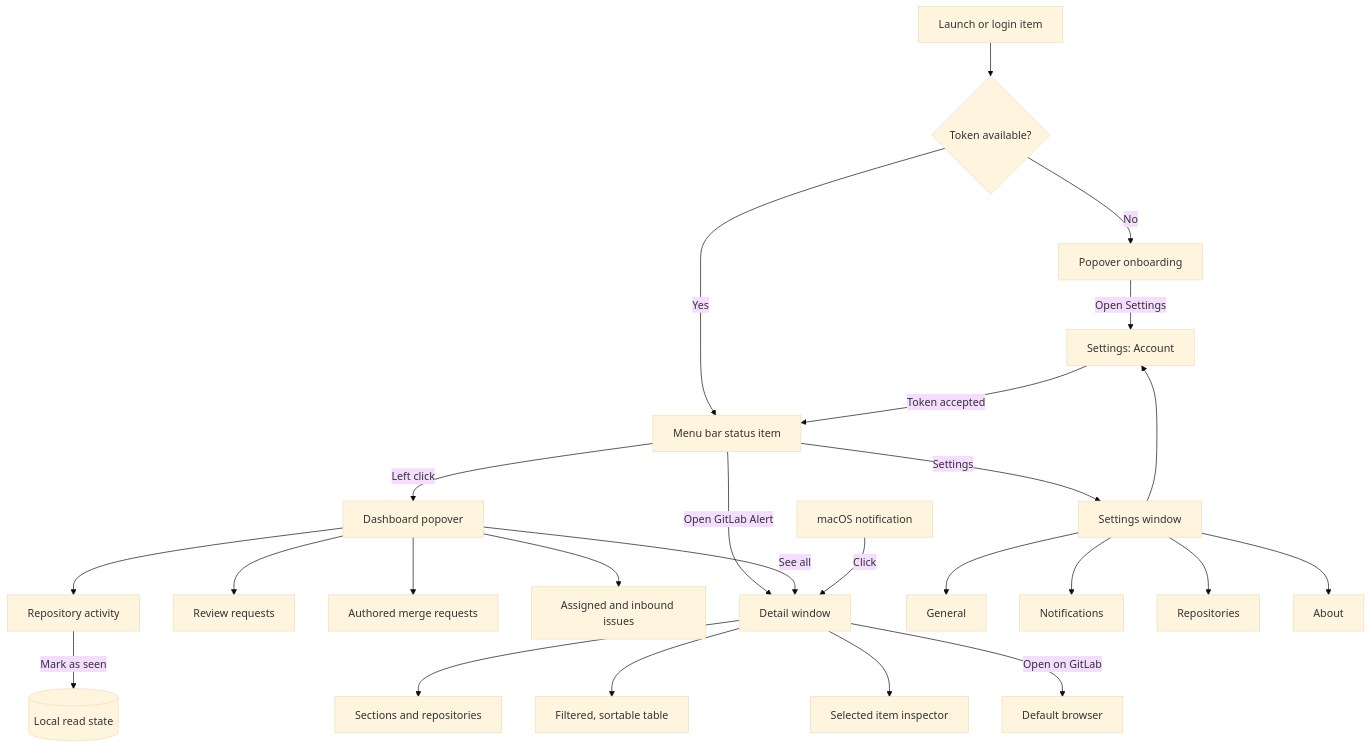
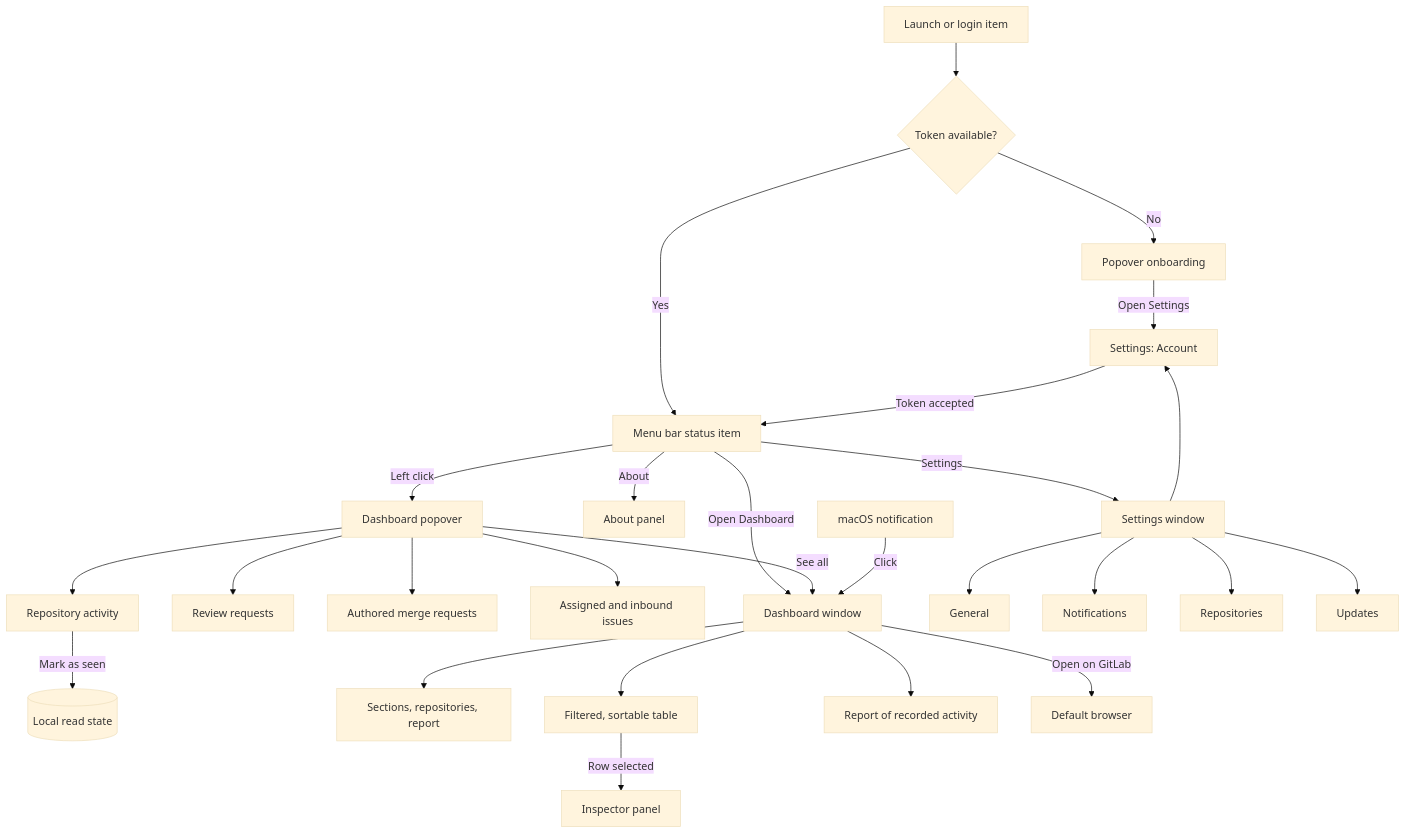
One commit to AlbertoBarrago/gitlab-alert changed the first of 2 diagrams in docs/architecture.md. Above: the diagram before and after it, drawn with Mermaid (base theme). The commit also changed other lines of this file and 30 other files, not shown here.

First line of the commit message:
Report, update check, signing fix, one-window polish and release 0.1.6 (#10)

````diff
--- a/docs/architecture.md
+++ b/docs/architecture.md
@@ -21,32 +27,34 @@
 ```mermaid
 flowchart TD
     Launch[Launch or login item] --> Auth{Token available?}
     Auth -- No --> Onboarding[Popover onboarding]
     Auth -- Yes --> Status[Menu bar status item]
     Onboarding -->|Open Settings| Account[Settings: Account]
     Account -->|Token accepted| Status
 
     Status -->|Left click| Popover[Dashboard popover]
-    Status -->|Open GitLab Alert| Detail[Detail window]
+    Status -->|Open Dashboard| Detail[Dashboard window]
+    Status -->|About| AboutPanel[About panel]
     Status -->|Settings| Settings[Settings window]
 
     Popover --> Reviews[Review requests]
     Popover --> Authored[Authored merge requests]
     Popover --> Issues[Assigned and inbound issues]
     Popover --> Activity[Repository activity]
     Popover -->|See all| Detail
     Activity -->|Mark as seen| LocalSeen[(Local read state)]
 
-    Detail --> Sidebar[Sections and repositories]
+    Detail --> Sidebar[Sections, repositories, report]
     Detail --> Table[Filtered, sortable table]
-    Detail --> Inspector[Selected item inspector]
+    Detail --> Report[Report of recorded activity]
+    Table -->|Row selected| Inspector[Inspector panel]
     Detail -->|Open on GitLab| Browser[Default browser]
 
     Settings --> General[General]
     Settings --> Account
     Settings --> Notifications[Notifications]
     Settings --> Repositories[Repositories]
-    Settings --> About[About]
+    Settings --> Updates[Updates]
 
     Notification[macOS notification] -->|Click| Detail
 ```
````
